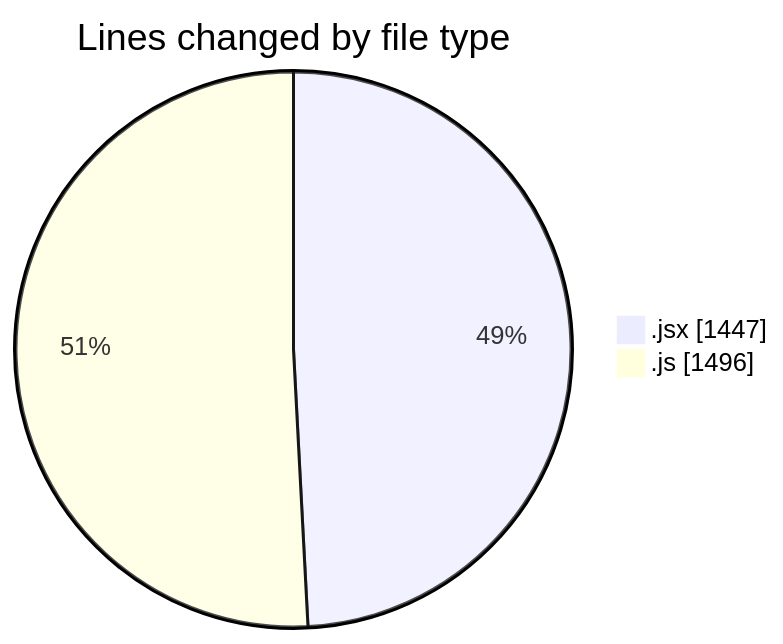
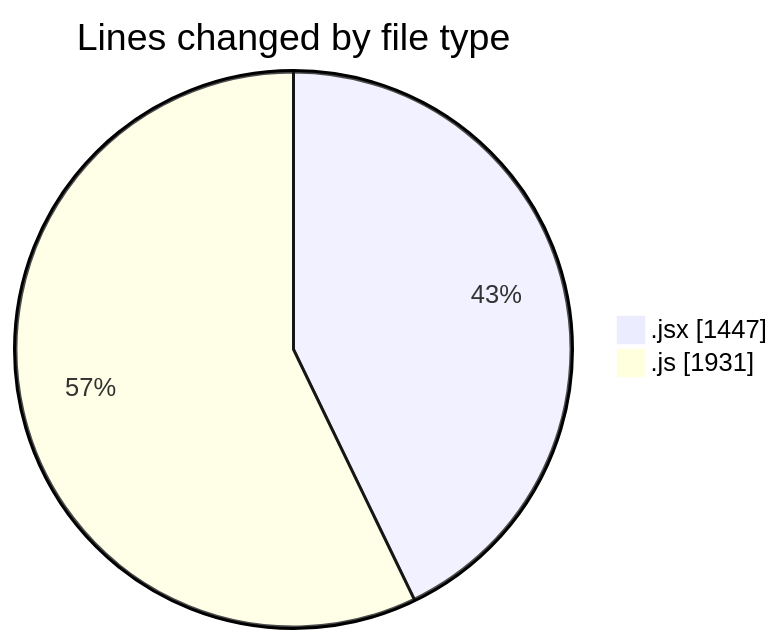
The first of 2 diagrams in 2025-09-15/nxtqube_webapp/README.md (nxtqubesakshisongat/code-tracking), drawn with Mermaid before and after one commit. The commit also changed other lines of this file and 1 other file, not shown here.

````diff
--- a/2025-09-15/nxtqube_webapp/README.md
+++ b/2025-09-15/nxtqube_webapp/README.md
@@ -22,6 +22,6 @@
 ```mermaid
 pie showData
 title Lines changed by file type
 ".jsx" : 1447
-".js" : 1496
+".js" : 1931
 ```
````
